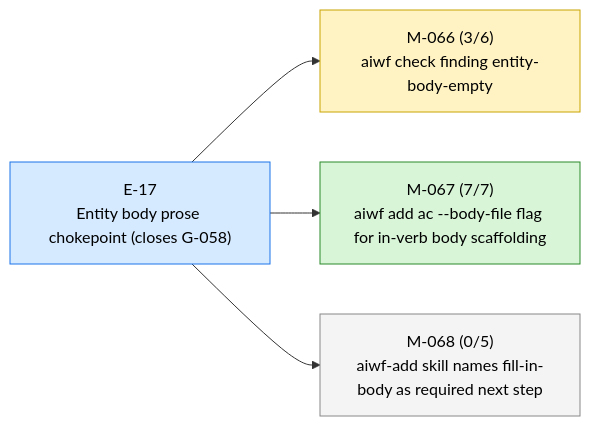
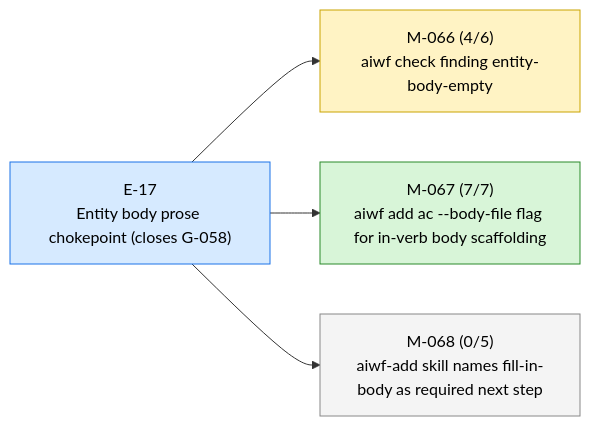
One commit to 23min/aiwf changed the first of 4 diagrams in STATUS.md. Above: the diagram before and after it, drawn with Mermaid. The commit also changed other lines of this file and 1 other file, not shown here.

First line of the commit message:
aiwf promote M-066/AC-4 open -> met

````diff
--- a/STATUS.md
+++ b/STATUS.md
@@ -13,16 +13,16 @@
 ```mermaid
 flowchart LR
   E_17["E-17<br/>Entity body prose chokepoint (closes G-058)"]:::epic_active
-  M_066["M-066 (3/6)<br/>aiwf check finding entity-body-empty"]:::ms_in_progress
+  M_066["M-066 (4/6)<br/>aiwf check finding entity-body-empty"]:::ms_in_progress
   E_17 --> M_066
   M_067["M-067 (7/7)<br/>aiwf add ac --body-file flag for in-verb body scaffolding"]:::ms_done
   E_17 --> M_067
   M_068["M-068 (0/5)<br/>aiwf-add skill names fill-in-body as required next step"]:::ms_draft
   E_17 --> M_068
   classDef epic_active fill:#d6eaff,stroke:#1a73e8,color:#000
   classDef epic_proposed fill:#f4f4f4,stroke:#888,color:#000
   classDef ms_done fill:#d8f5d8,stroke:#2a8a2a,color:#000
   classDef ms_in_progress fill:#fff3c4,stroke:#caa400,color:#000
   classDef ms_draft fill:#f4f4f4,stroke:#888,color:#000
   classDef ms_cancelled fill:#fbeaea,stroke:#c33,color:#000
 ```
````
